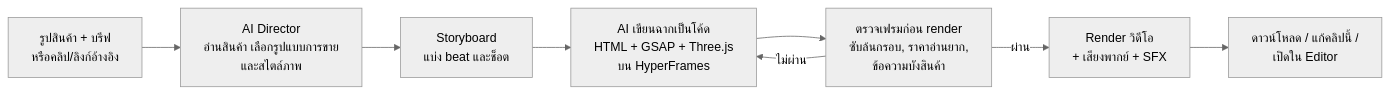
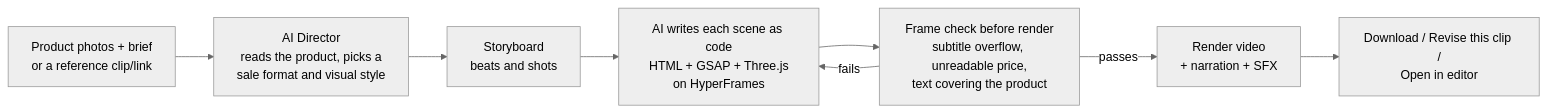
Before and after one commit to richstargit/sea-openai: the diagram in README.md, drawn with Mermaid (neutral theme). The commit also changed other lines of this file, not shown here.

````diff
--- a/README.md
+++ b/README.md
@@ -24,10 +24,10 @@
 ```mermaid
 flowchart LR
-  A[รูปสินค้า + บรีฟ<br/>หรือคลิป/ลิงก์อ้างอิง] --> B[AI Director<br/>อ่านสินค้า เลือกรูปแบบการขาย<br/>และสไตล์ภาพ]
-  B --> C[Storyboard<br/>แบ่ง beat และช็อต]
-  C --> D[AI เขียนฉากเป็นโค้ด<br/>HTML + GSAP + Three.js<br/>บน HyperFrames]
-  D --> E[ตรวจเฟรมก่อน render<br/>ซับล้นกรอบ, ราคาอ่านยาก,<br/>ข้อความบังสินค้า]
-  E -->|ไม่ผ่าน| D
-  E -->|ผ่าน| F[Render วิดีโอ<br/>+ เสียงพากย์ + SFX]
-  F --> G[ดาวน์โหลด / แก้คลิปนี้ /<br/>เปิดใน Editor]
+  A[Product photos + brief<br/>or a reference clip/link] --> B[AI Director<br/>reads the product, picks a<br/>sale format and visual style]
+  B --> C[Storyboard<br/>beats and shots]
+  C --> D[AI writes each scene as code<br/>HTML + GSAP + Three.js<br/>on HyperFrames]
+  D --> E[Frame check before render<br/>subtitle overflow, unreadable price,<br/>text covering the product]
+  E -->|fails| D
+  E -->|passes| F[Render video<br/>+ narration + SFX]
+  F --> G[Download / Revise this clip /<br/>Open in editor]
 ```
````
